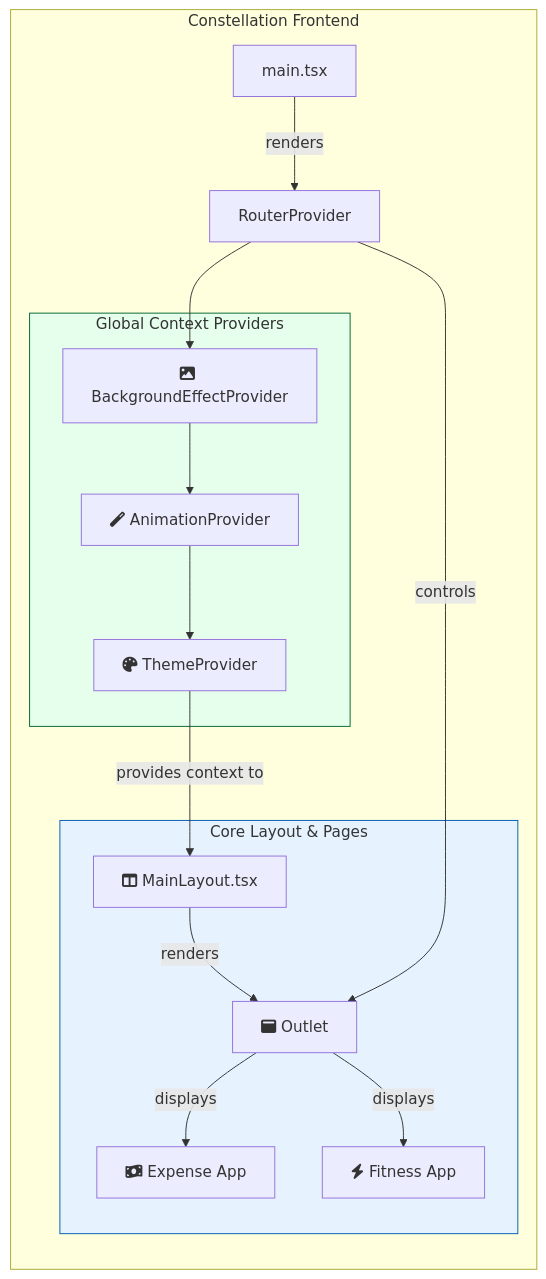
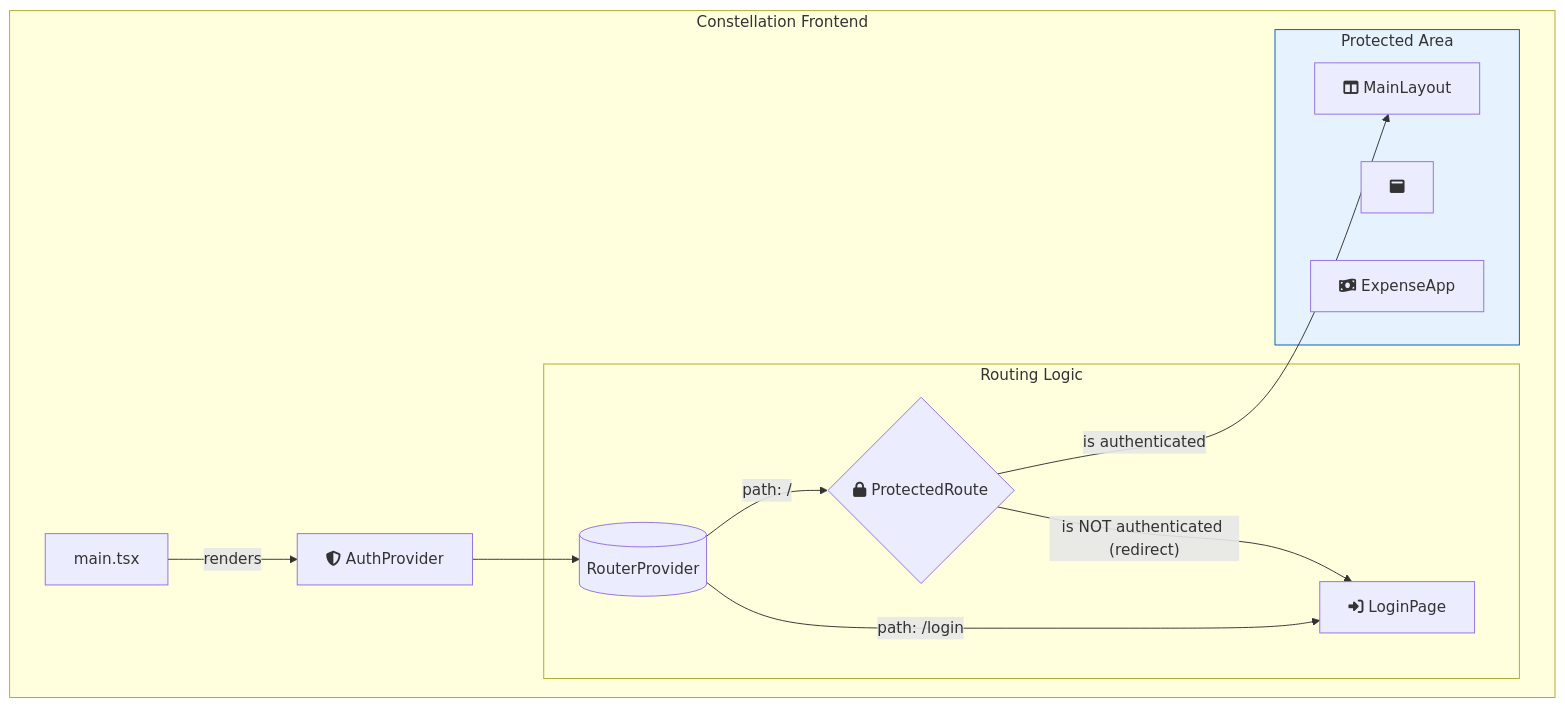
The diagram in README.md (YenChengLai/constellation-frontend), drawn with Mermaid before and after one commit. The commit also changed other lines of this file, not shown here.

````diff
--- a/README.md
+++ b/README.md
@@ -41,31 +48,26 @@
 ```mermaid
 graph TD
-    subgraph Constellation_Frontend["Constellation Frontend"]
-        direction TB
+    subgraph "Constellation Frontend"
+        APP["main.tsx"] -->|renders| AUTH_PROVIDER["fa:fa-shield-alt AuthProvider"]
+        
+        AUTH_PROVIDER --> ROUTER[("RouterProvider")]
 
-        APP["main.tsx"] -->|renders| ROUTER["RouterProvider"]
+        subgraph "Routing Logic"
+            ROUTER -->|path: /| PROTECTED{"fa:fa-lock ProtectedRoute"}
+            ROUTER -->|path: /login| LOGIN_PAGE["fa:fa-right-to-bracket LoginPage"]
+        end
 
-        subgraph Global_Providers["Global Context Providers"]
-            style Global_Providers fill:#e6ffed,stroke:#00642e
-            BG_PROVIDER["fa:fa-image BackgroundEffectProvider"]
-            ANIM_PROVIDER["fa:fa-magic AnimationProvider"]
-            THEME_PROVIDER["fa:fa-palette ThemeProvider"]
+        subgraph PROTECTED_AREA ["Protected Area"]
+            LAYOUT["fa:fa-columns MainLayout"]
+            OUTLET["fa:fa-window-maximize <Outlet/>"]
+            EXPENSE_APP["fa:fa-money-bill-wave ExpenseApp"]
         end
         
-        ROUTER --> BG_PROVIDER --> ANIM_PROVIDER --> THEME_PROVIDER
+        style PROTECTED_AREA fill:#e6f3ff,stroke:#005cb3
 
-        subgraph Core_Layout["Core Layout & Pages"]
-            style Core_Layout fill:#e6f3ff,stroke:#005cb3
-            LAYOUT["fa:fa-columns MainLayout.tsx"]
-            OUTLET["fa:fa-window-maximize Outlet"]
-            PAGE_EXPENSE["fa:fa-money-bill-wave Expense App"]
-            PAGE_FITNESS["fa:fa-bolt Fitness App"]
-        end
-
-        THEME_PROVIDER -->|provides context to| LAYOUT
-        LAYOUT -->|renders| OUTLET
-        ROUTER -->|controls| OUTLET
-        OUTLET -->|displays| PAGE_EXPENSE
-        OUTLET -->|displays| PAGE_FITNESS
+        PROTECTED -- "is authenticated" --> LAYOUT
+        
+        %% This is the corrected line:
+        PROTECTED -->|"is NOT authenticated (redirect)"| LOGIN_PAGE
     end
 ```
````
